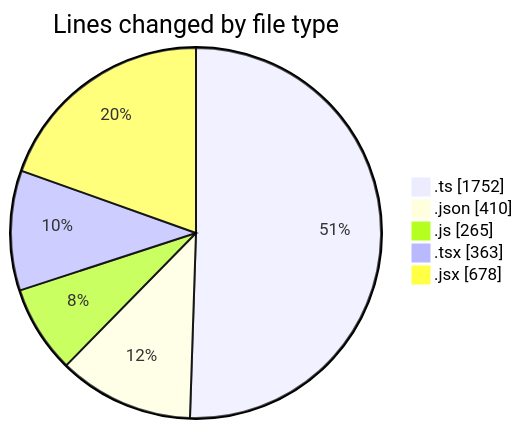
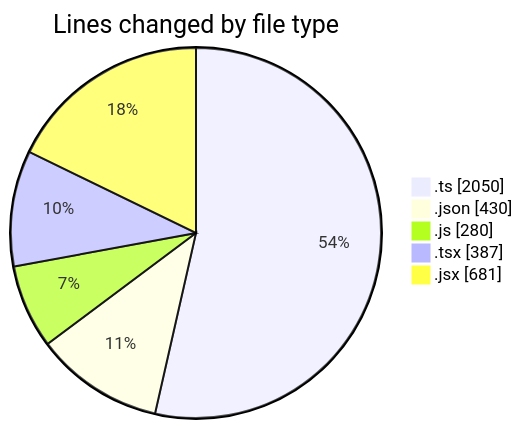
One commit to momahboobian/code-tracking changed the first of 2 diagrams in 2025-10-29/cda/README.md. Above: the diagram before and after it, drawn with Mermaid. The commit also changed other lines of this file and 1 other file, not shown here.

````diff
--- a/2025-10-29/cda/README.md
+++ b/2025-10-29/cda/README.md
@@ -32,9 +32,9 @@
 ```mermaid
 pie showData
 title Lines changed by file type
-".ts" : 1752
-".json" : 410
-".js" : 265
-".tsx" : 363
-".jsx" : 678
+".ts" : 2050
+".json" : 430
+".js" : 280
+".tsx" : 387
+".jsx" : 681
 ```
````
